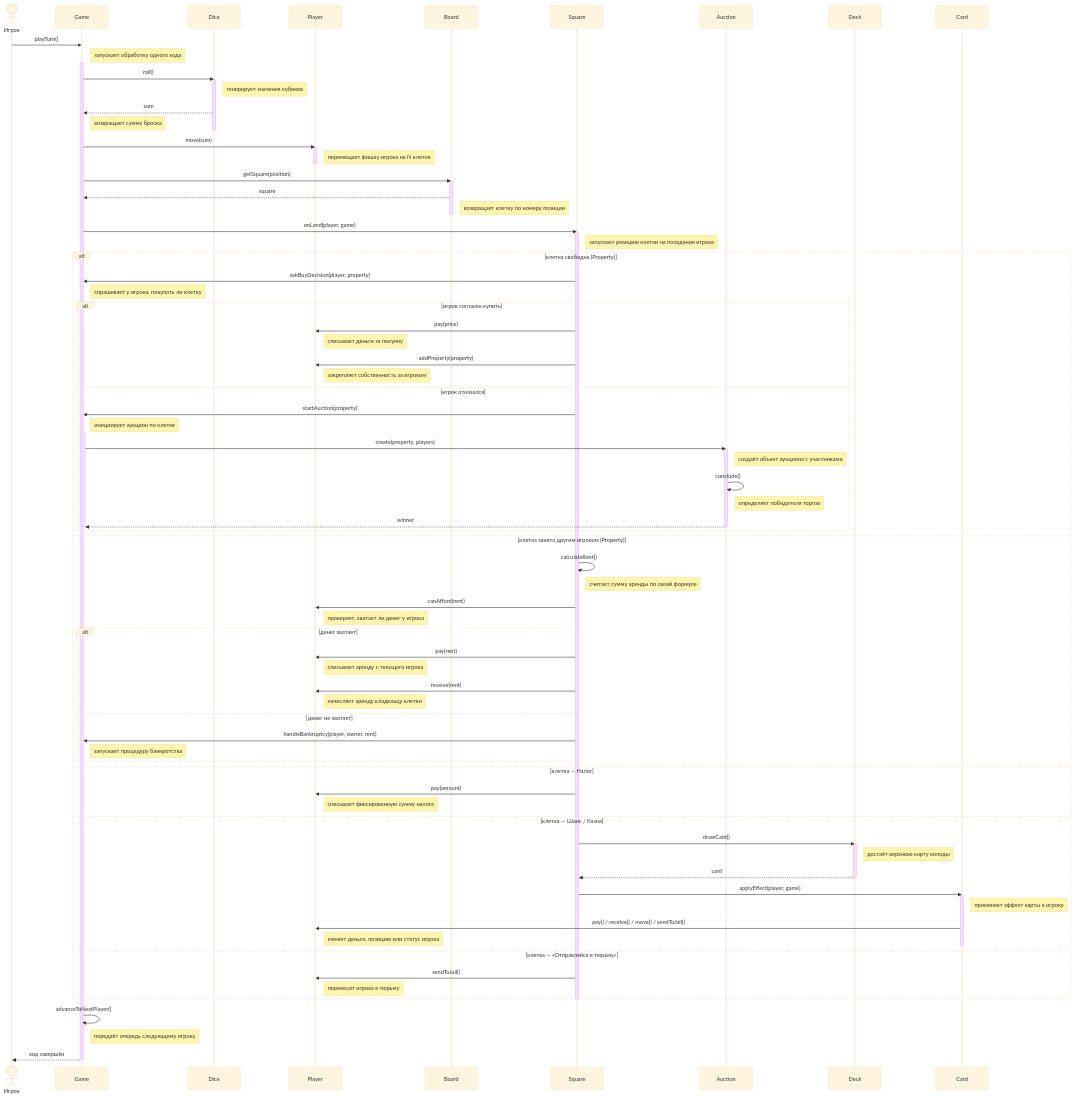
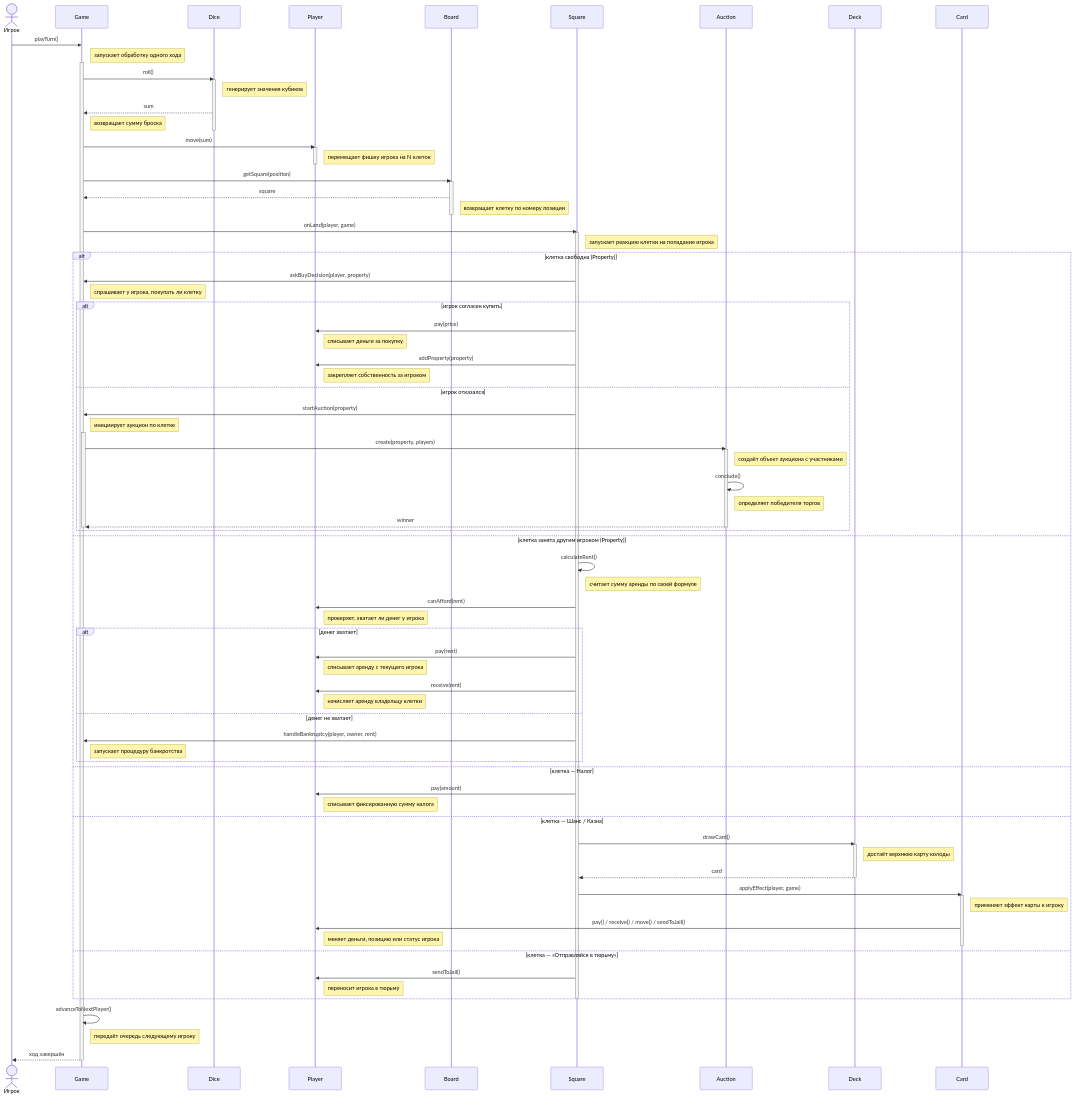
Before and after one commit to penamarth/bsbo-11-24_team4_var14_monopoly: the diagram in прецеденты/Сыграть ход/Диаграмма последовательности Сыграть ход.md, drawn with Mermaid.

Commit message:
изменил тему диаграммы сыграть ход
Removed the base theme from the Mermaid diagram configuration.

````diff
--- a/прецеденты/Сыграть ход/Диаграмма последовательности Сыграть ход.md
+++ b/прецеденты/Сыграть ход/Диаграмма последовательности Сыграть ход.md
@@ -1,6 +1,5 @@
 ```mermaid
 %%{init: {
-  "theme": "base",
   "themeVariables": {
     "fontSize": "18px"
   }
````
